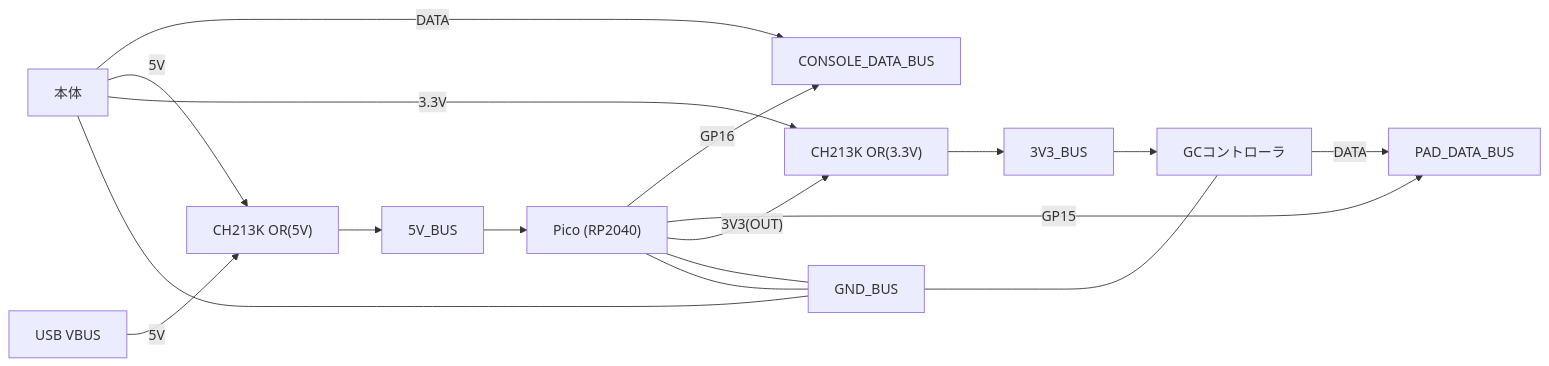
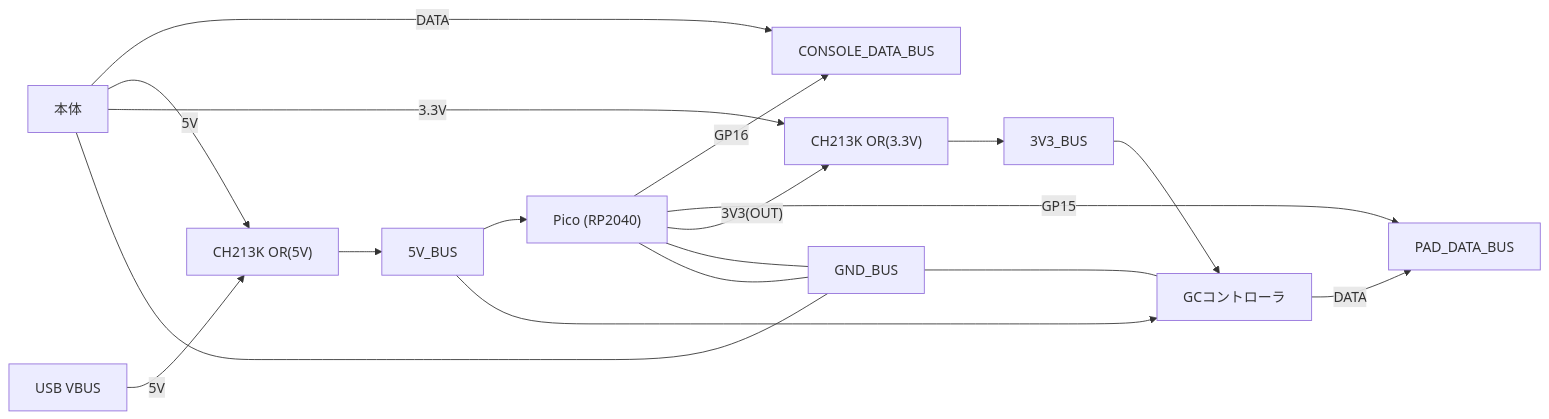
Before and after one commit to LitMc/gc-playground: the diagram in docs/hardware.md, drawn with Mermaid.

Commit message:
Mermaid ダイアグラムに 5V_BUS → PAD の接続を追加
コントローラへの 5V 給電線がダイアグラムから欠落していたのを修正。
テキスト記述（コントローラ 5V → 5V_BUS）と整合するようにした。

Entire-Checkpoint: aa09a378e19b

````diff
--- a/docs/hardware.md
+++ b/docs/hardware.md
@@ -15,26 +15,27 @@
 ```mermaid
 flowchart LR
   CONSOLE[本体]
   PAD[GCコントローラ]
   PICO["Pico (RP2040)"]
   VBUS[USB VBUS]
   OR5V["CH213K OR(5V)"]
   OR33["CH213K OR(3.3V)"]
 
   CONSOLE -- DATA --> CONDATA[CONSOLE_DATA_BUS]
   PICO -- GP16 --> CONDATA
   PICO -- GP15 --> PADDATA[PAD_DATA_BUS]
   PAD -- DATA --> PADDATA
 
   CONSOLE -- 5V --> OR5V
   VBUS -- 5V --> OR5V
   OR5V --> BUS5[5V_BUS]
   BUS5 --> PICO
+  BUS5 --> PAD
 
   CONSOLE -- 3.3V --> OR33
   PICO -- "3V3(OUT)" --> OR33
   OR33 --> BUS33[3V3_BUS]
   BUS33 --> PAD
 
   CONSOLE --- GND_BUS --- PICO --- GND_BUS --- PAD
 ```
````
